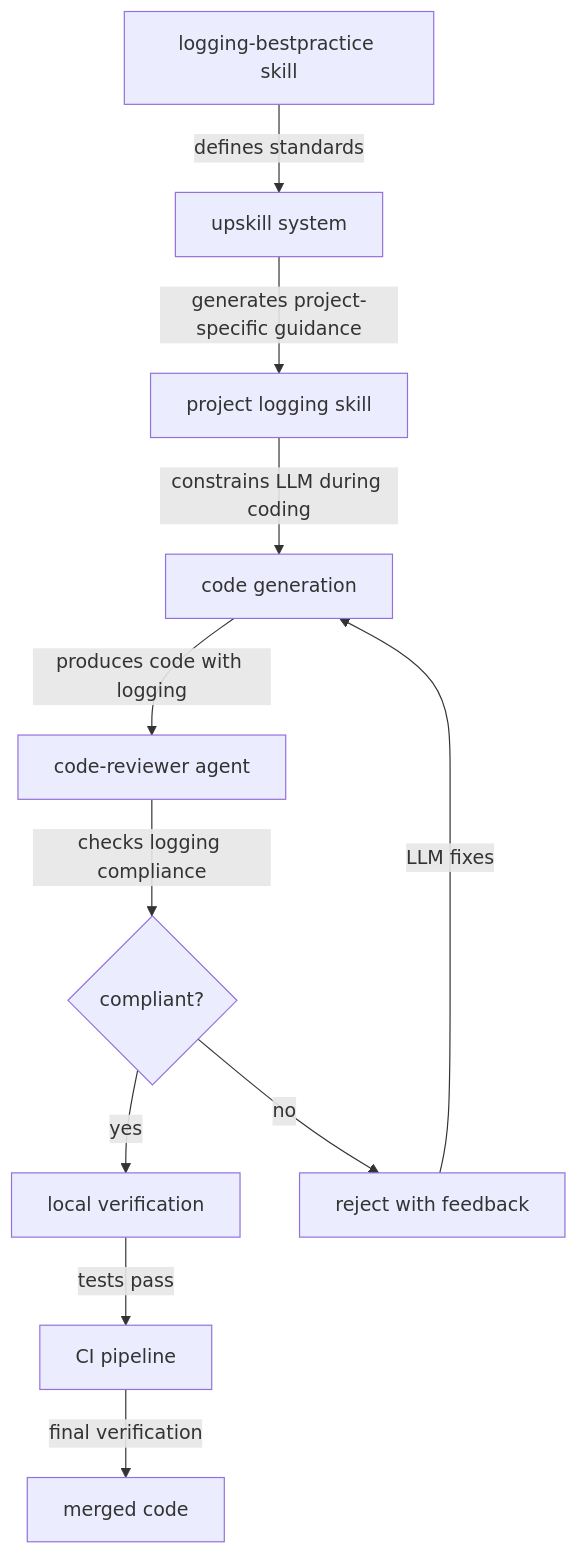
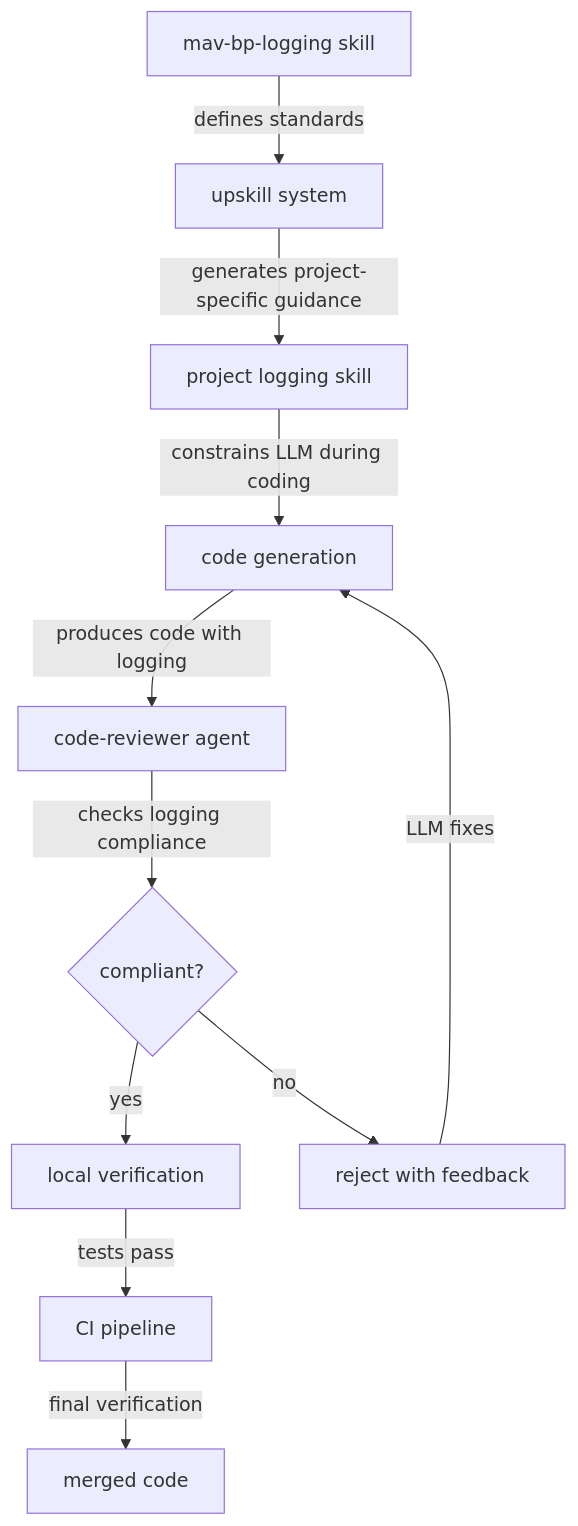
The first of 2 diagrams in docs/logging-standards.md (thermiteau/maverick-private), drawn with Mermaid before and after one commit. The commit also changed other lines of this file and 57 other files, not shown here.

````diff
--- a/docs/logging-standards.md
+++ b/docs/logging-standards.md
@@ -53,13 +53,13 @@
 ```mermaid
 flowchart TD
-    A[logging-bestpractice skill] -->|defines standards| B[upskill system]
+    A[mav-bp-logging skill] -->|defines standards| B[upskill system]
     B -->|generates project-specific guidance| C[project logging skill]
     C -->|constrains LLM during coding| D[code generation]
     D -->|produces code with logging| E[code-reviewer agent]
     E -->|checks logging compliance| F{compliant?}
     F -->|yes| G[local verification]
     F -->|no| H[reject with feedback]
     H -->|LLM fixes| D
     G -->|tests pass| I[CI pipeline]
     I -->|final verification| J[merged code]
 ```
````
